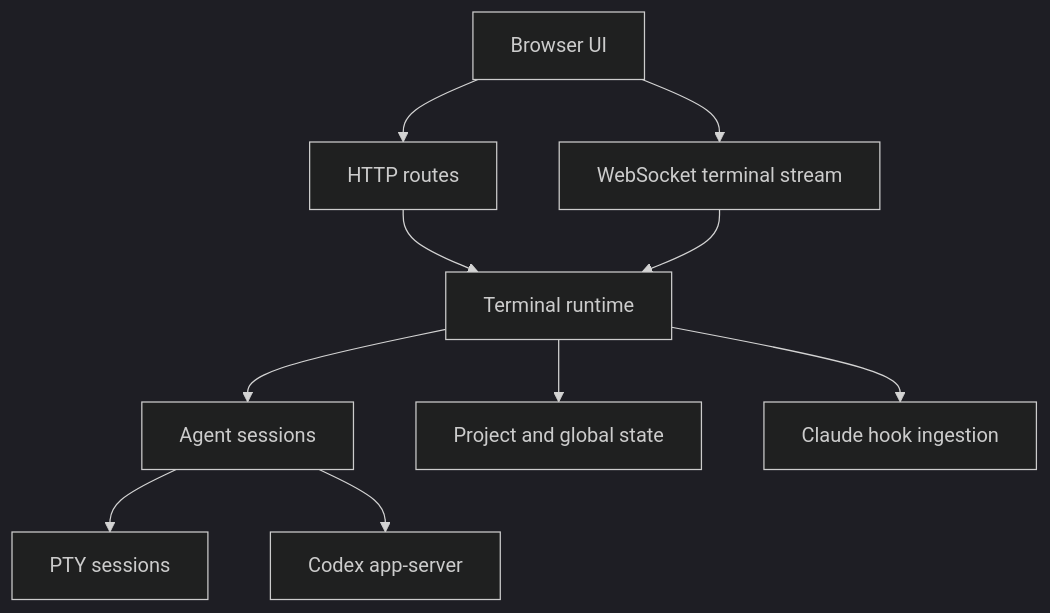
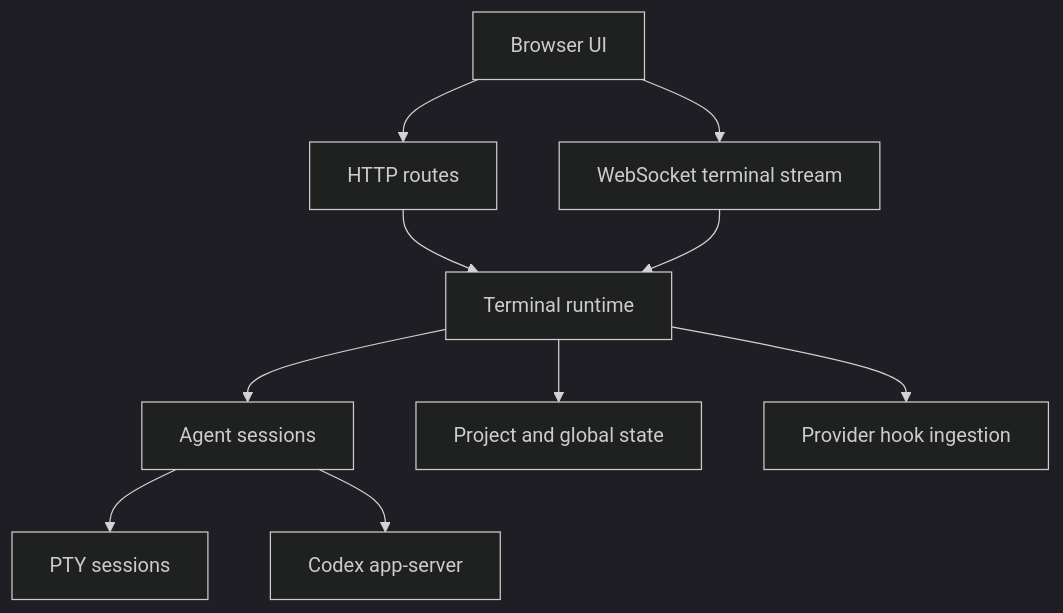
One commit to scottmhallett/octogent changed the diagram in docs/concepts/runtime-and-api.md. Above: the diagram before and after it, drawn with Mermaid (dark theme). The commit also changed other lines of this file and 14 other files, not shown here.

````diff
--- a/docs/concepts/runtime-and-api.md
+++ b/docs/concepts/runtime-and-api.md
@@ -7,12 +7,12 @@
 ```mermaid
 flowchart TD
   Browser[Browser UI] --> HTTP[HTTP routes]
   Browser --> WS[WebSocket terminal stream]
   HTTP --> Runtime[Terminal runtime]
   WS --> Runtime
   Runtime --> Sessions[Agent sessions]
   Sessions --> PTY[PTY sessions]
   Sessions --> Codex[Codex app-server]
   Runtime --> Files["Project and global state"]
-  Runtime --> Hooks[Claude hook ingestion]
+  Runtime --> Hooks[Provider hook ingestion]
 ```
````
